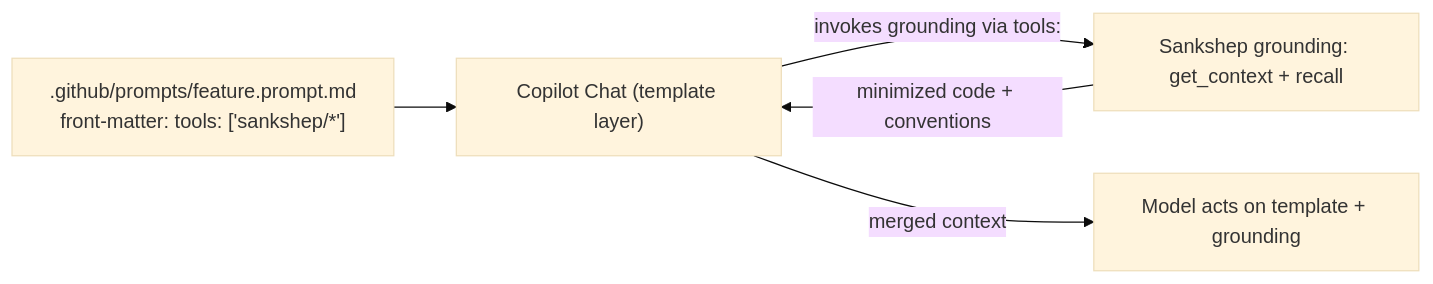
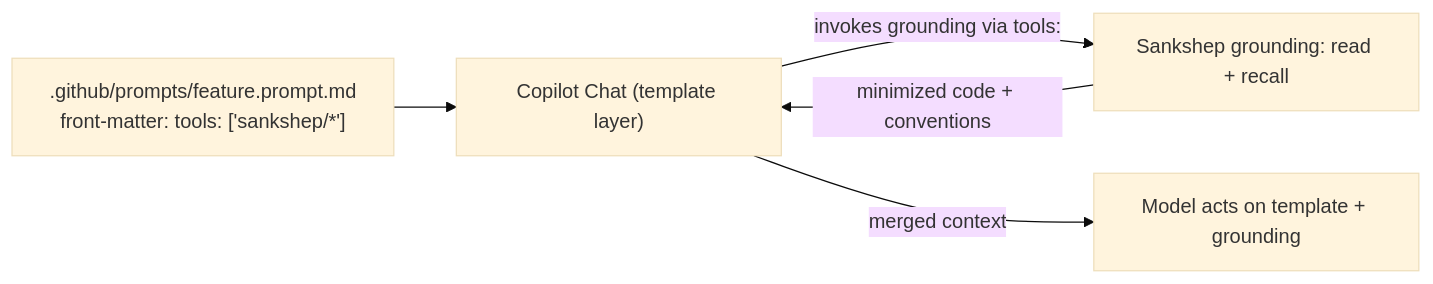
One commit to nitinpawar28/sankshep-docs changed the third of 3 diagrams in docs/composer.md. Above: the diagram before and after it, drawn with Mermaid (base theme). The commit also changed other lines of this file and 19 other files, not shown here.

````diff
--- a/docs/composer.md
+++ b/docs/composer.md
@@ -94,11 +96,11 @@
 ```mermaid
 flowchart LR
     PF[".github/prompts/feature.prompt.md<br/>front-matter: tools: ['sankshep/*']"]
     CP["Copilot Chat (template layer)"]
-    SK["Sankshep grounding: get_context + recall"]
+    SK["Sankshep grounding: read + recall"]
     MO["Model acts on template + grounding"]
     PF --> CP
     CP -->|invokes grounding via tools:| SK
     SK -->|minimized code + conventions| CP
     CP -->|merged context| MO
 ```
````
